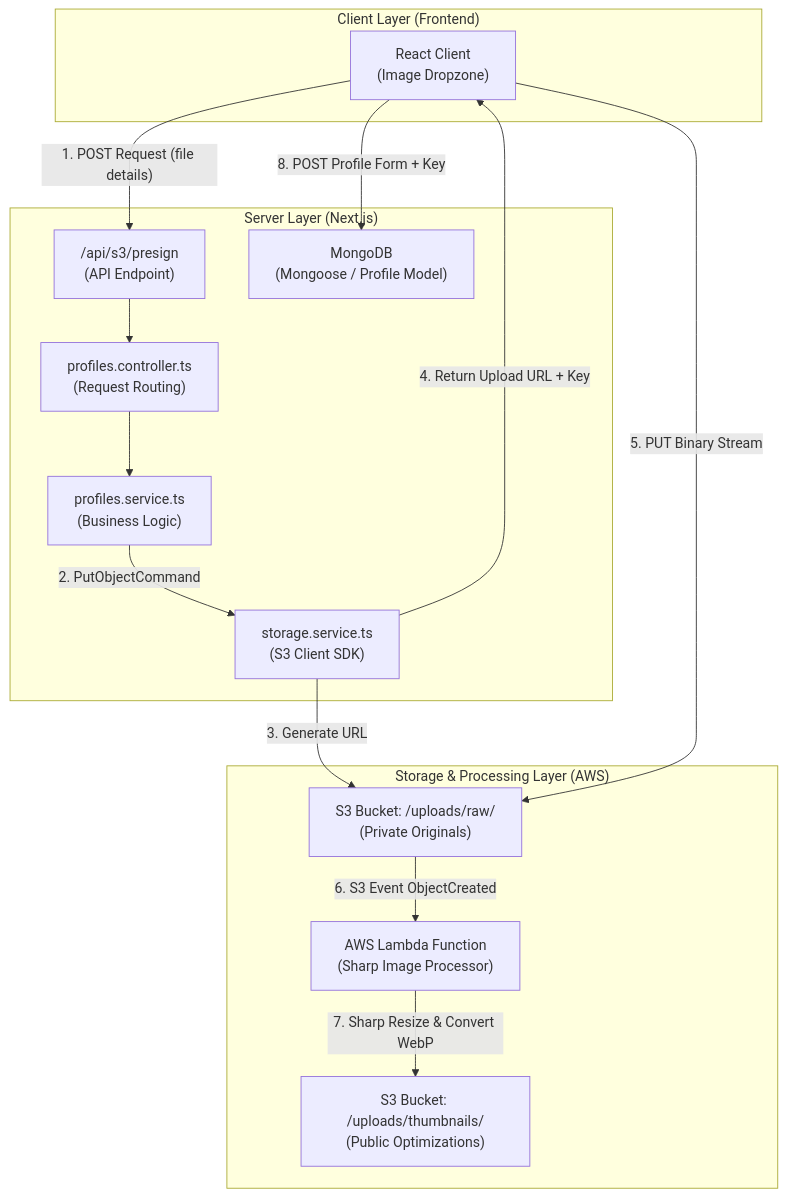
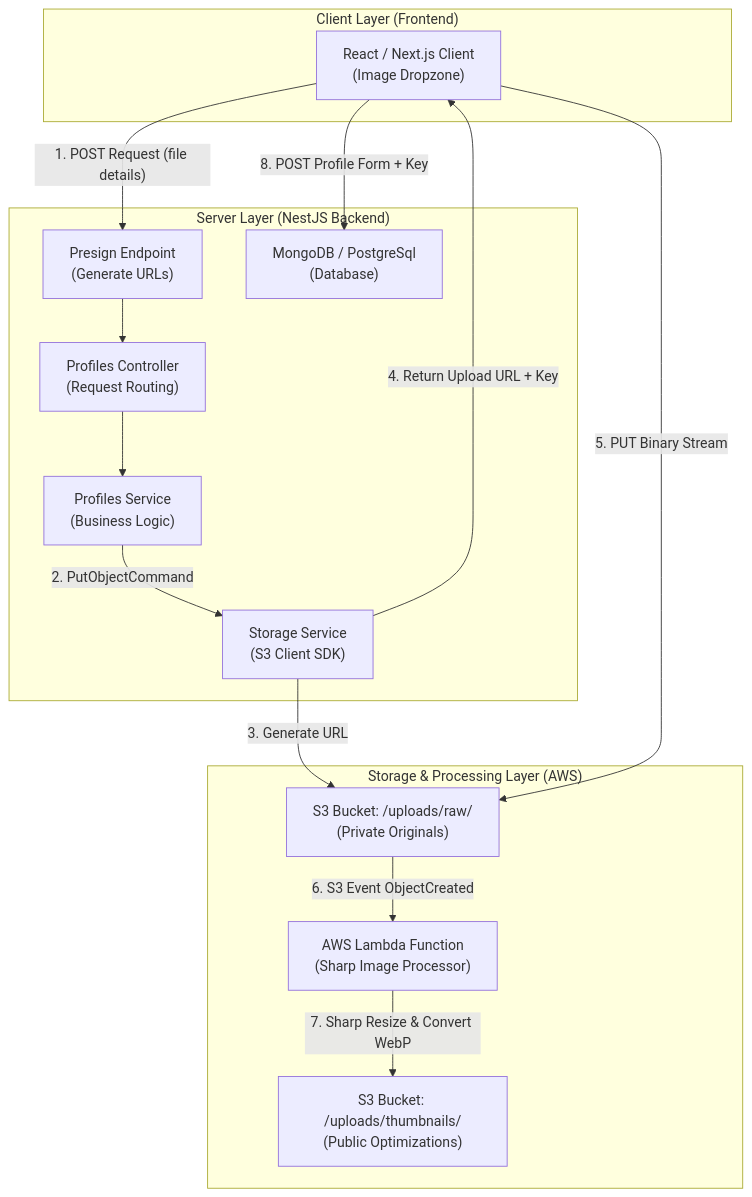
One commit to iamsujanstha/s3-thumbnail-generator changed the first of 9 diagrams in presigned-urls.md. Above: the diagram before and after it, drawn with Mermaid. The commit also changed other lines of this file and 7 other files, not shown here.

Commit message:
feat: add NestJS S3 presigned upload documentation and implement storage service enhancements

````diff
--- a/presigned-urls.md
+++ b/presigned-urls.md
@@ -23,34 +23,34 @@
 ```mermaid
 flowchart TD
     subgraph Client ["Client Layer (Frontend)"]
-        Browser["React Client<br/>(Image Dropzone)"]
+        Browser["React / Next.js Client<br/>(Image Dropzone)"]
     end
 
-    subgraph Server ["Server Layer (Next.js)"]
-        API["/api/s3/presign<br/>(API Endpoint)"]
-        Controller["profiles.controller.ts<br/>(Request Routing)"]
-        Service["profiles.service.ts<br/>(Business Logic)"]
-        Storage["storage.service.ts<br/>(S3 Client SDK)"]
-        DB["MongoDB<br/>(Mongoose / Profile Model)"]
+    subgraph Server ["Server Layer (NestJS Backend)"]
+        API["Presign Endpoint<br/>(Generate URLs)"]
+        Controller["Profiles Controller<br/>(Request Routing)"]
+        Service["Profiles Service<br/>(Business Logic)"]
+        Storage["Storage Service<br/>(S3 Client SDK)"]
+        DB["MongoDB / PostgreSql<br/>(Database)"]
     end
 
     subgraph AWS ["Storage & Processing Layer (AWS)"]
         S3Raw["S3 Bucket: /uploads/raw/<br/>(Private Originals)"]
         Lambda["AWS Lambda Function<br/>(Sharp Image Processor)"]
         S3Thumb["S3 Bucket: /uploads/thumbnails/<br/>(Public Optimizations)"]
     end
 
     %% Flow connections
     Browser -->|"1. POST Request (file details)"| API
     API --> Controller
     Controller --> Service
     Service -->|"2. PutObjectCommand"| Storage
     Storage -->|"3. Generate URL"| S3Raw
     Storage -->|"4. Return Upload URL + Key"| Browser
 
     Browser -->|"5. PUT Binary Stream"| S3Raw
     S3Raw -->|"6. S3 Event ObjectCreated"| Lambda
     Lambda -->|"7. Sharp Resize & Convert WebP"| S3Thumb
 
     Browser -->|"8. POST Profile Form + Key"| DB
 ```
````
